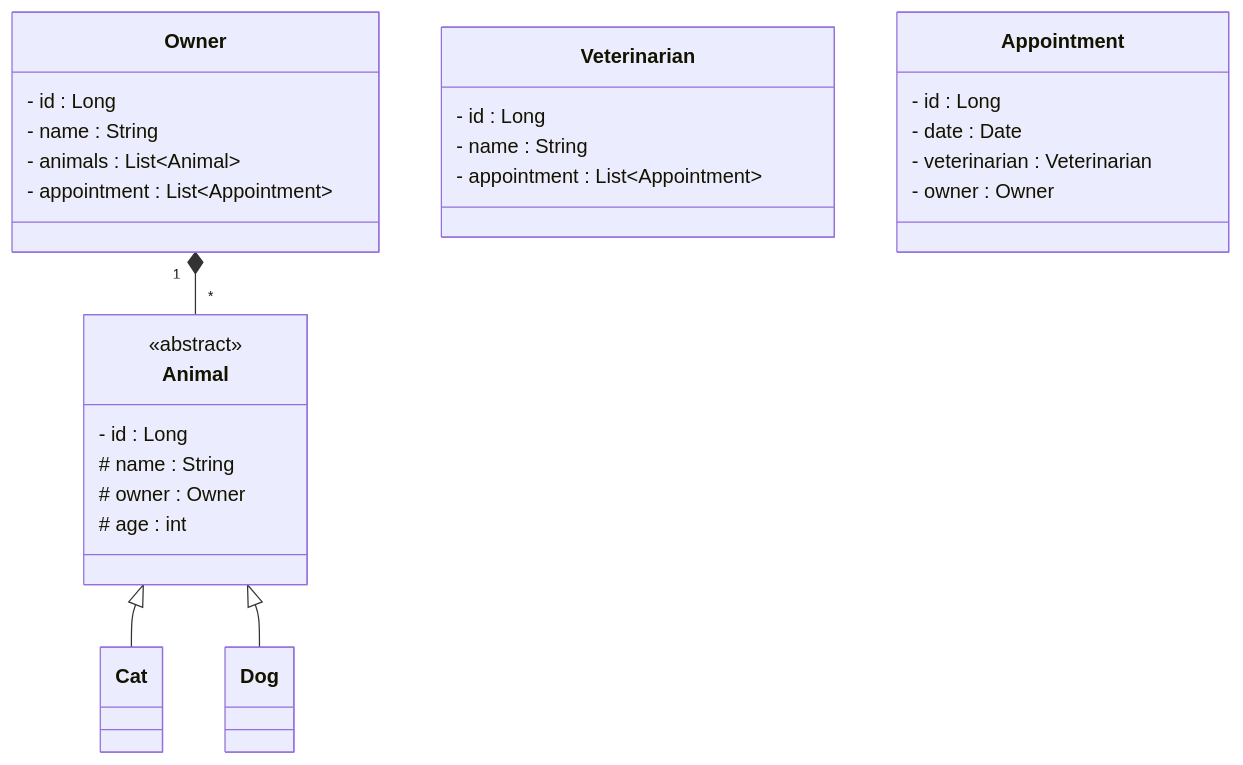
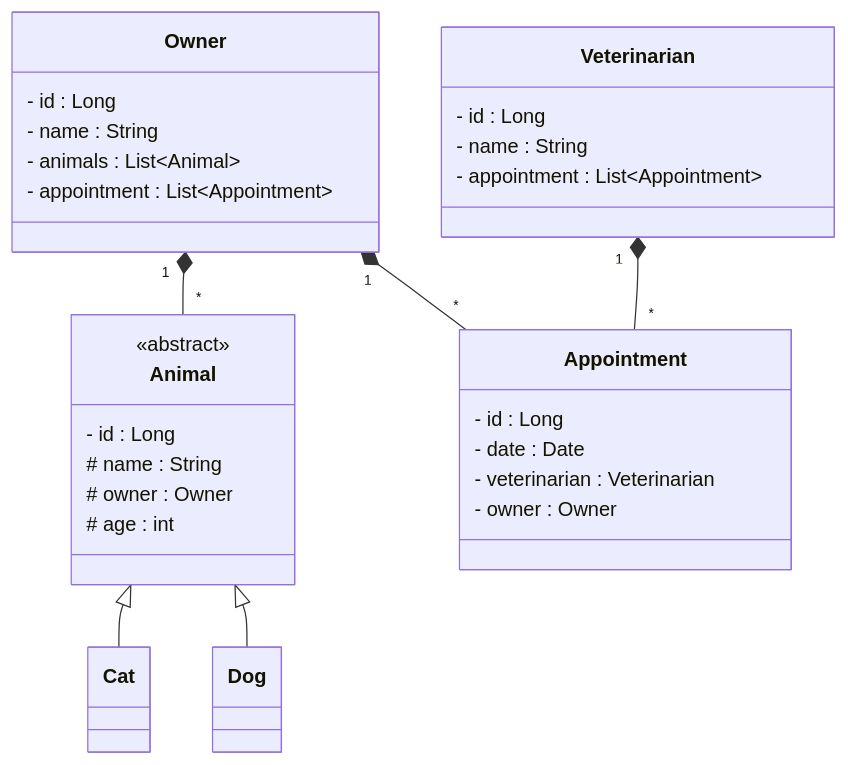
Before and after one commit to Kazh-boop/tpjpa2023: the diagram in README.md, drawn with Mermaid.

````diff
--- a/README.md
+++ b/README.md
@@ -3,30 +3,32 @@
 ```mermaid
 classDiagram
 class Animal {
     <<abstract>>
     - id : Long
     # name : String
     # owner : Owner
     # age : int
 }   
 class Owner {
     - id : Long
     - name : String
     - animals : List~Animal~
     - appointment : List~Appointment~
 }
 class Veterinarian {
     - id : Long
     - name : String
     - appointment : List~Appointment~
 }
 class Appointment {
     - id : Long
     - date : Date
     - veterinarian : Veterinarian
     - owner : Owner
 }
 Animal <|-- Cat
 Animal <|-- Dog
 Owner "1" *-- "*" Animal
+Owner "1" *-- "*" Appointment
+Veterinarian "1" *-- "*" Appointment
 ```
````
